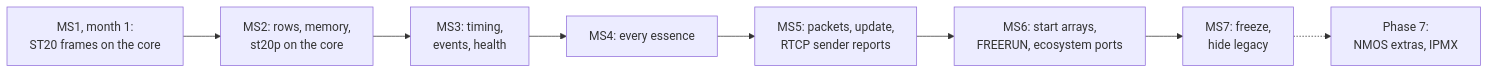
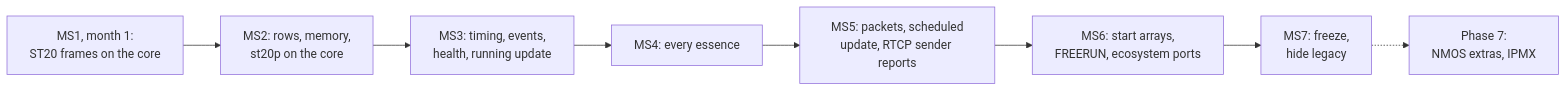
Before and after one commit to OpenVisualCloud/Media-Transport-Library: the seventh of 7 diagrams in doc/unified-api/presentation/slides.md, drawn with Mermaid. The commit also changed other lines of this file and 58 other files, not shown here.

````diff
--- a/doc/unified-api/presentation/slides.md
+++ b/doc/unified-api/presentation/slides.md
@@ -425,10 +428,10 @@
 ```mermaid
 flowchart LR
     MS1["MS1, month 1:<br/>ST20 frames on the core"] --> MS2["MS2: rows, memory,<br/>st20p on the core"]
-    MS2 --> MS3["MS3: timing,<br/>events, health"]
+    MS2 --> MS3["MS3: timing, events,<br/>health, running update"]
     MS3 --> MS4["MS4: every essence"]
-    MS4 --> MS5["MS5: packets, update,<br/>RTCP sender reports"]
+    MS4 --> MS5["MS5: packets, scheduled<br/>update, RTCP sender reports"]
     MS5 --> MS6["MS6: start arrays,<br/>FREERUN, ecosystem ports"]
     MS6 --> MS7["MS7: freeze,<br/>hide legacy"]
     MS7 -.-> P7["Phase 7:<br/>NMOS extras, IPMX"]
 ```
````
